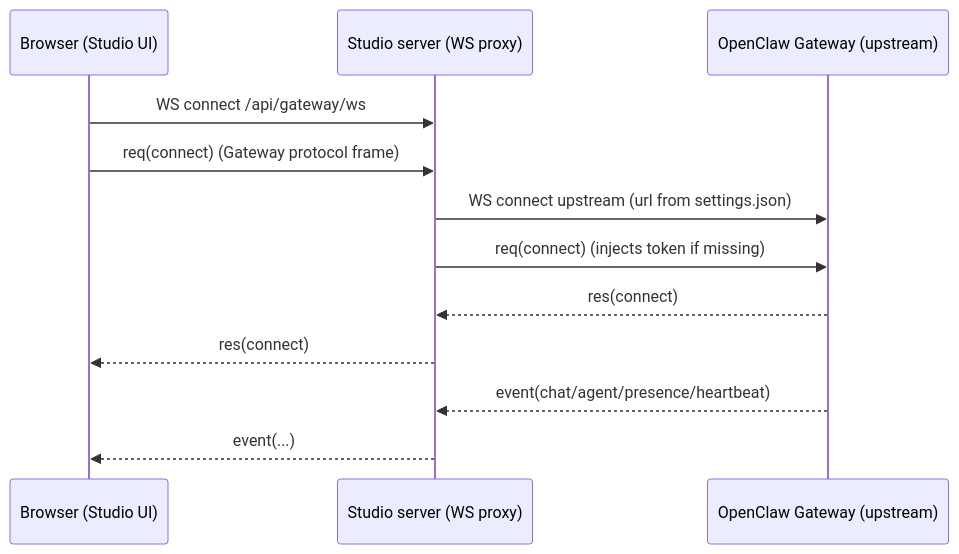
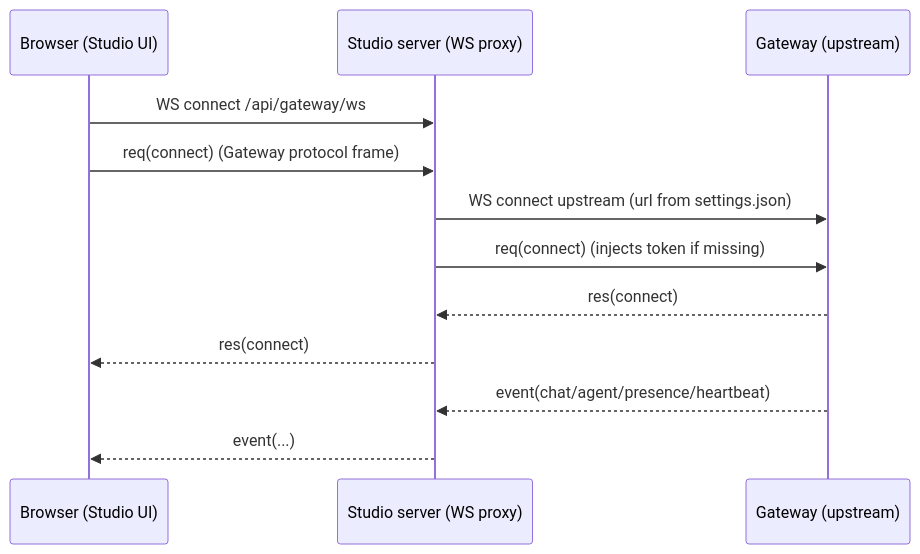
Before and after one commit to Fallenproud/Hermes3D: the diagram in docs/pi-chat-streaming.md, drawn with Mermaid. The commit also changed other lines of this file and 163 other files, not shown here.

````diff
--- a/docs/pi-chat-streaming.md
+++ b/docs/pi-chat-streaming.md
@@ -61,15 +60,15 @@
 ```mermaid
 sequenceDiagram
   participant B as Browser (Studio UI)
   participant S as Studio server (WS proxy)
-  participant G as OpenClaw Gateway (upstream)
+  participant G as Gateway (upstream)
 
   B->>S: WS connect /api/gateway/ws
   B->>S: req(connect) (Gateway protocol frame)
   S->>G: WS connect upstream (url from settings.json)
   S->>G: req(connect) (injects token if missing)
   G-->>S: res(connect)
   S-->>B: res(connect)
   G-->>S: event(chat/agent/presence/heartbeat)
   S-->>B: event(...)
 ```
````
